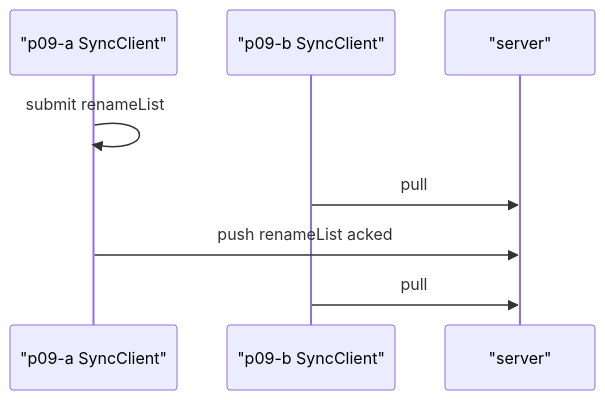
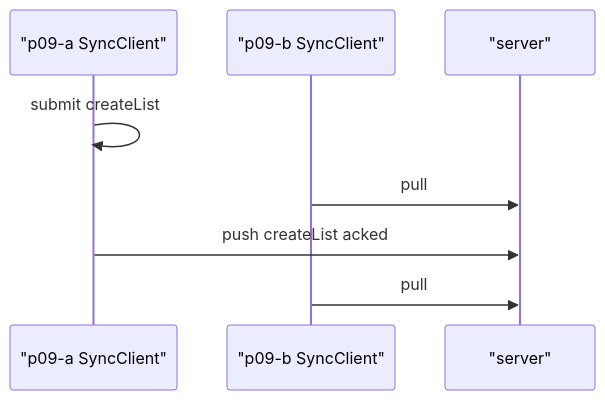
One commit to pietgk/viviefs changed the first of 10 diagrams in docs/evidence/2026-09-22-p09.md. Above: the diagram before and after it, drawn with Mermaid. The commit also changed other lines of this file and 131 other files, not shown here.

````diff
--- a/docs/evidence/2026-09-22-p09.md
+++ b/docs/evidence/2026-09-22-p09.md
@@ -60,10 +60,10 @@
 ```mermaid
 sequenceDiagram
   participant p09_a_SyncClient as "p09-a SyncClient"
   participant p09_b_SyncClient as "p09-b SyncClient"
   participant server as "server"
-  p09_a_SyncClient->>p09_a_SyncClient: submit renameList
+  p09_a_SyncClient->>p09_a_SyncClient: submit createList
   p09_b_SyncClient->>server: pull
-  p09_a_SyncClient->>server: push renameList acked
+  p09_a_SyncClient->>server: push createList acked
   p09_b_SyncClient->>server: pull
 ```
````
